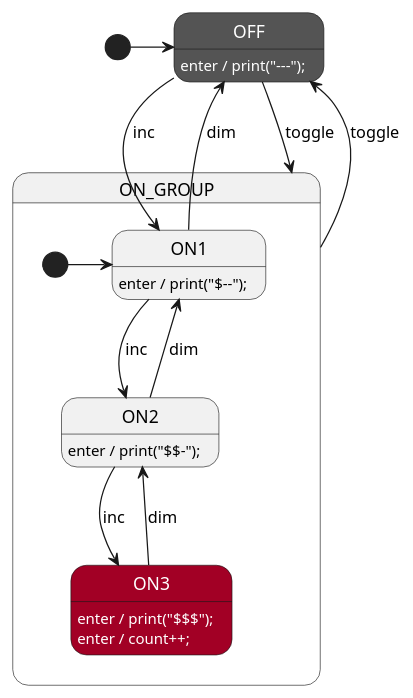
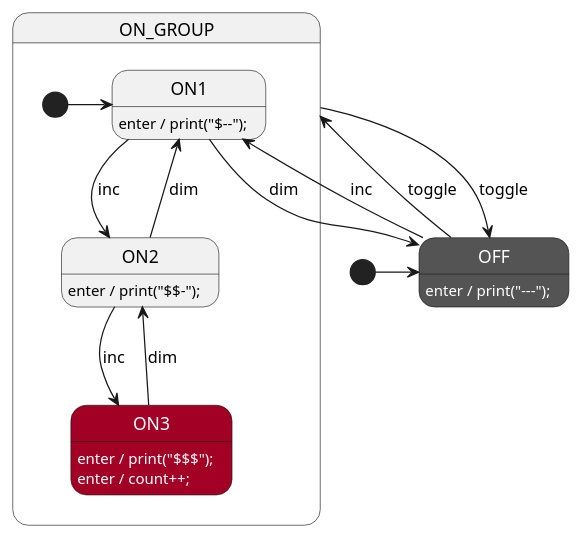
The diagram in src/StateSmith.Cli/Create/Templates/plantuml-simple-1/diagram.plantuml (StateSmith/StateSmith), drawn with PlantUML before and after one commit. The commit also changed 3 other files, not shown here.

Commit message:
cli - PlantUML - `create` templates modified to move initial transition below state definitions.

```diff
--- a/src/StateSmith.Cli/Create/Templates/plantuml-simple-1/diagram.plantuml
+++ b/src/StateSmith.Cli/Create/Templates/plantuml-simple-1/diagram.plantuml
@@ -1,72 +1,73 @@
 @startuml {{smName}}
 
 /'
   This diagram is just a sample to show what the syntax can look like.
   
   We don't yet generate fully working examples for every supported language.
   This starting template is language agnostic.
 '/
 
 ' ///////////////////////////// STYLES /////////////////////////////
 ' Define some colors for the states. Totally optional.
 skinparam state {
     ' red style:
     BackgroundColor<<red>> a20025
     FontColor<<red>> white
     ' dark style:
     BackgroundColor<<dark>> 545454
     FontColor<<dark>> white
 }
 
 ' //////////////////////// STATE ORGANIZATION ///////////////////////
 ' Note: StateSmith treats state names and events as case insensitive.
 ' More info: https://github.com/StateSmith/StateSmith/wiki/PlantUML
 
-[*] -> OFF <<dark>>
+state OFF <<dark>>
 
 state ON_GROUP {
     [*] -> ON1
     state ON1
     state ON2
     state ON3 <<red>>
 }
 
-
 ' ///////////////////////// STATE HANDLERS /////////////////////////
 ' Syntax https://github.com/StateSmith/StateSmith/wiki/Behaviors
+
+[*] -> OFF
 
 'OFF
 OFF: enter / print("---");
 OFF --> ON1 : inc
 OFF --> ON_GROUP: toggle
 
 'ON_GROUP
 ON_GROUP --> OFF: toggle
 
 'ON1
 ON1: enter / print("$--");
 ON1 --> ON2 : inc
 ON1 --> OFF : dim
 
 'ON2
 ON2: enter / print("$$-");
 ON2 --> ON3 : inc
 ON2 --> ON1 : dim
 
 'ON3
 ON3: enter / print("$$$");
 ON3: enter / count++;
 ON3 --> ON2 : dim
 
 
 
 ' //////////////////////// StateSmith config ////////////////////////
 ' The below special comment block sets the StateSmith configuration.
 ' More info: https://github.com/StateSmith/StateSmith/issues/335
 ' Feel free to remove or modify it as needed.
 
 /'! $CONFIG : toml
 {{configToml}}
 '/
 
 @enduml
```
